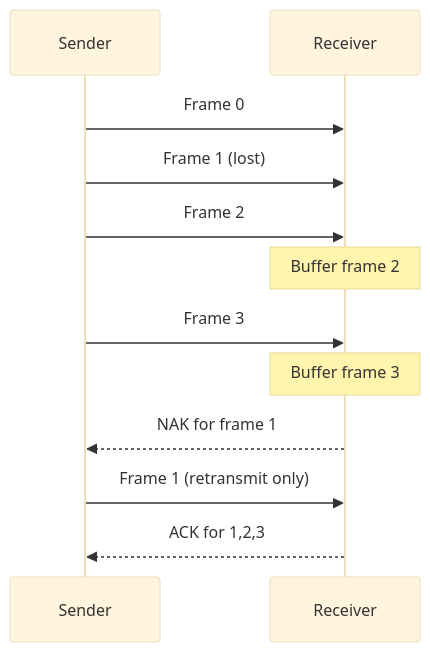
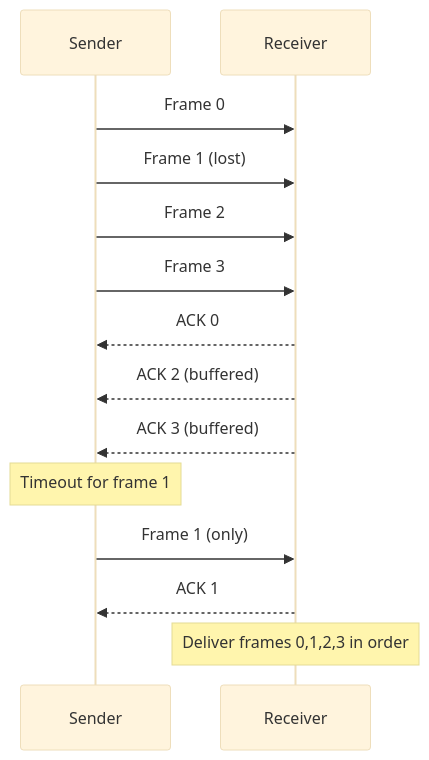
One commit to manishkumar8312/CS-Fundamentals changed the tenth of 14 diagrams in Computer Network/Ch 04 - Data Link Layer.md. Above: the diagram before and after it, drawn with Mermaid (base theme). The commit also changed other lines of this file, not shown here.

````diff
--- a/Computer Network/Ch 04 - Data Link Layer.md
+++ b/Computer Network/Ch 04 - Data Link Layer.md
@@ -171,14 +251,16 @@
 ```mermaid
 sequenceDiagram
     participant Sender
     participant Receiver
     Sender->>Receiver: Frame 0
     Sender->>Receiver: Frame 1 (lost)
     Sender->>Receiver: Frame 2
-    Note over Receiver: Buffer frame 2
     Sender->>Receiver: Frame 3
-    Note over Receiver: Buffer frame 3
-    Receiver-->>Sender: NAK for frame 1
-    Sender->>Receiver: Frame 1 (retransmit only)
-    Receiver-->>Sender: ACK for 1,2,3
+    Receiver-->>Sender: ACK 0
+    Receiver-->>Sender: ACK 2 (buffered)
+    Receiver-->>Sender: ACK 3 (buffered)
+    Note over Sender: Timeout for frame 1
+    Sender->>Receiver: Frame 1 (only)
+    Receiver-->>Sender: ACK 1
+    Note over Receiver: Deliver frames 0,1,2,3 in order
 ```
````
